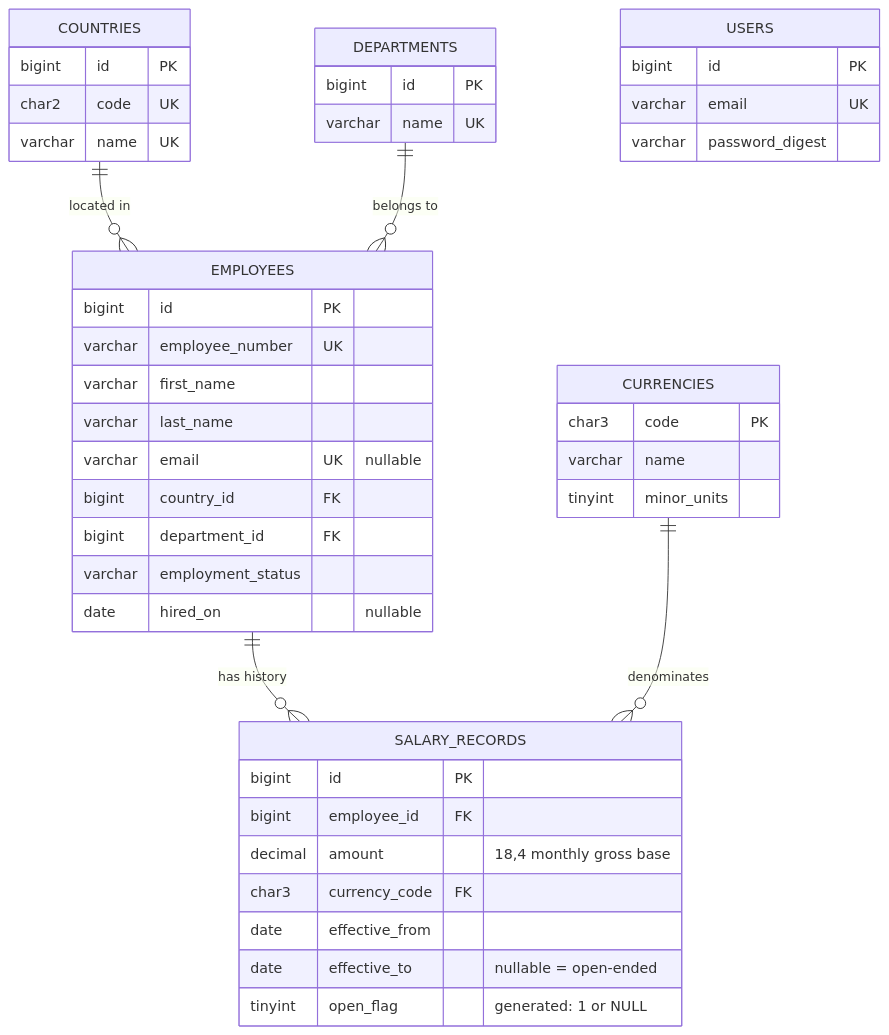
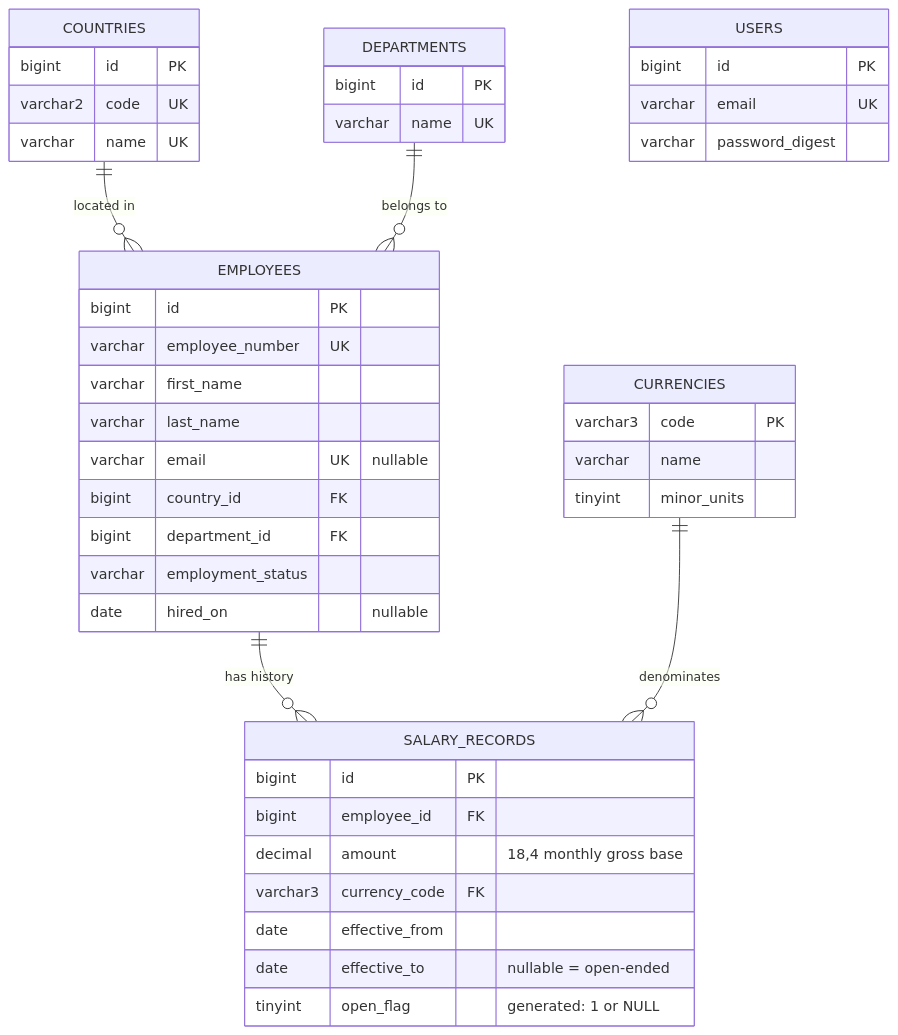
Before and after one commit to sumit-kumar-agrawal/acme_salary_mgt_sys: the diagram in docs/database-design.md, drawn with Mermaid. The commit also changed other lines of this file and 4 other files, not shown here.

````diff
--- a/docs/database-design.md
+++ b/docs/database-design.md
@@ -21,47 +21,47 @@
 ```mermaid
 erDiagram
     COUNTRIES   ||--o{ EMPLOYEES      : "located in"
     DEPARTMENTS ||--o{ EMPLOYEES      : "belongs to"
     EMPLOYEES   ||--o{ SALARY_RECORDS : "has history"
     CURRENCIES  ||--o{ SALARY_RECORDS : denominates
 
     USERS {
       bigint id PK
       varchar email UK
       varchar password_digest
     }
     COUNTRIES {
       bigint id PK
-      char2 code UK
+      varchar2 code UK
       varchar name UK
     }
     DEPARTMENTS {
       bigint id PK
       varchar name UK
     }
     CURRENCIES {
-      char3 code PK
+      varchar3 code PK
       varchar name
       tinyint minor_units
     }
     EMPLOYEES {
       bigint id PK
       varchar employee_number UK
       varchar first_name
       varchar last_name
       varchar email UK "nullable"
       bigint country_id FK
       bigint department_id FK
       varchar employment_status
       date hired_on "nullable"
     }
     SALARY_RECORDS {
       bigint id PK
       bigint employee_id FK
       decimal amount "18,4 monthly gross base"
-      char3 currency_code FK
+      varchar3 currency_code FK
       date effective_from
       date effective_to "nullable = open-ended"
       tinyint open_flag "generated: 1 or NULL"
     }
 ```
````
